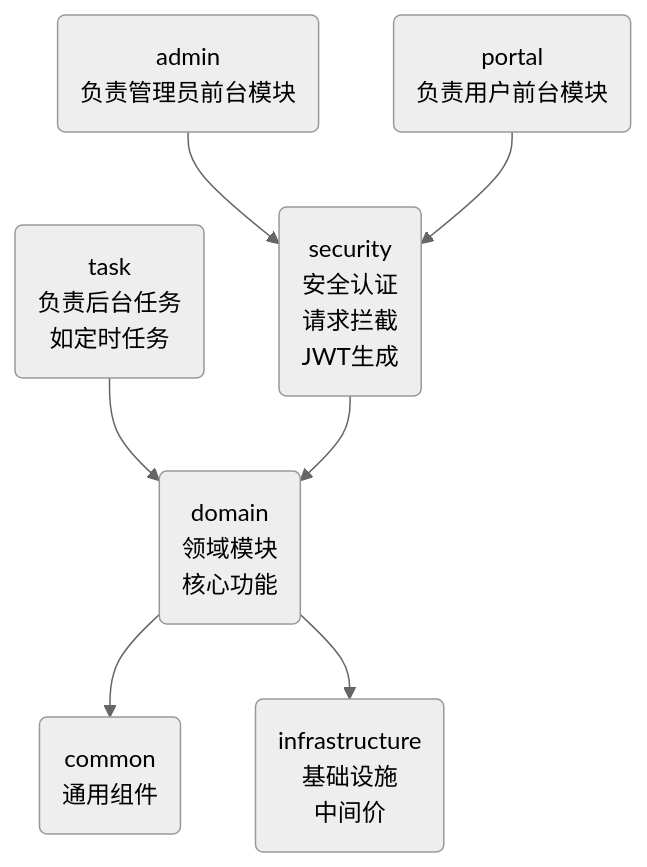
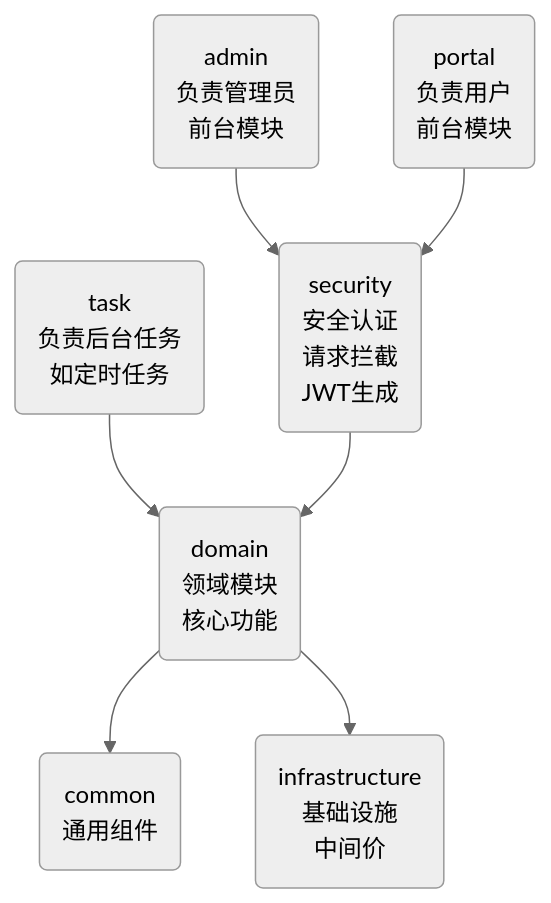
One commit to LBBZ/hotShop changed the first of 5 diagrams in README.md. Above: the diagram before and after it, drawn with Mermaid (neutral theme).

Commit message:
完善 README.md

````diff
--- a/README.md
+++ b/README.md
@@ -60,13 +60,27 @@
 ```mermaid
 graph TD
-A(admin\n负责管理员前台模块) --> X
-B(portal\n负责用户前台模块) --> X
-C(task\n负责后台任务\n如定时任务) --> Y
+A(admin  
+  负责管理员  
+  前台模块) --> X
+B(portal
+  负责用户
+  前台模块) --> X
+C(task
+  负责后台任务
+  如定时任务) --> Y
 X --> Y
 Y --> Z1
 Y --> Z2
-X(security\n安全认证\n请求拦截\nJWT生成)
-Y(domain\n领域模块\n核心功能)
-Z1(common\n通用组件)
-Z2(infrastructure\n基础设施\n中间价)
+X(security  
+  安全认证
+  请求拦截
+  JWT生成)
+Y(domain  
+  领域模块  
+  核心功能)
+Z1(common  
+   通用组件)
+Z2(infrastructure  
+   基础设施
+   中间价)
 ```
````
